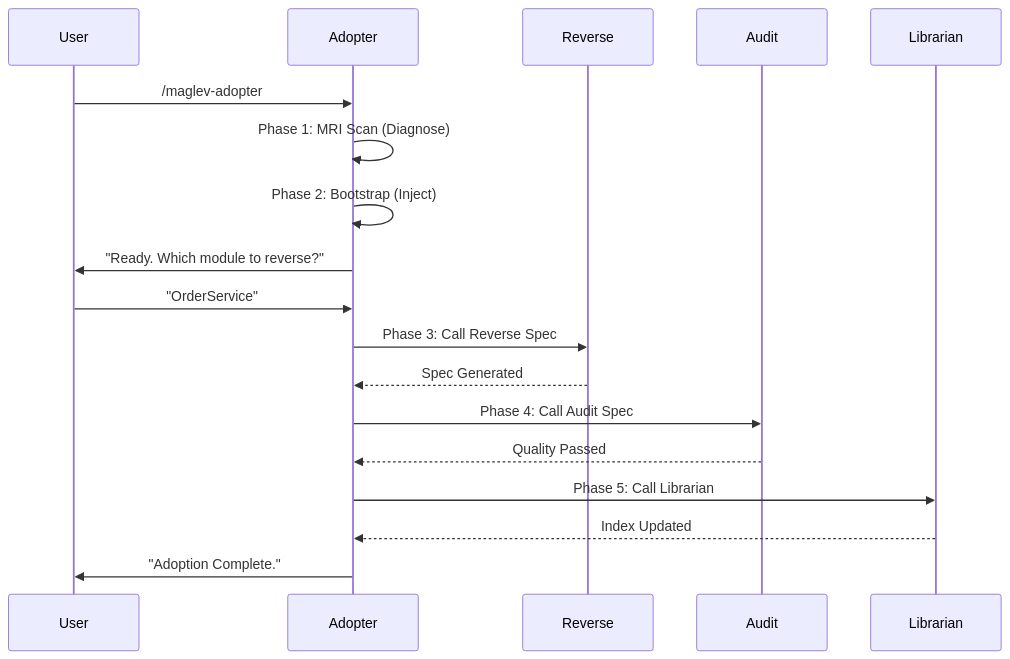
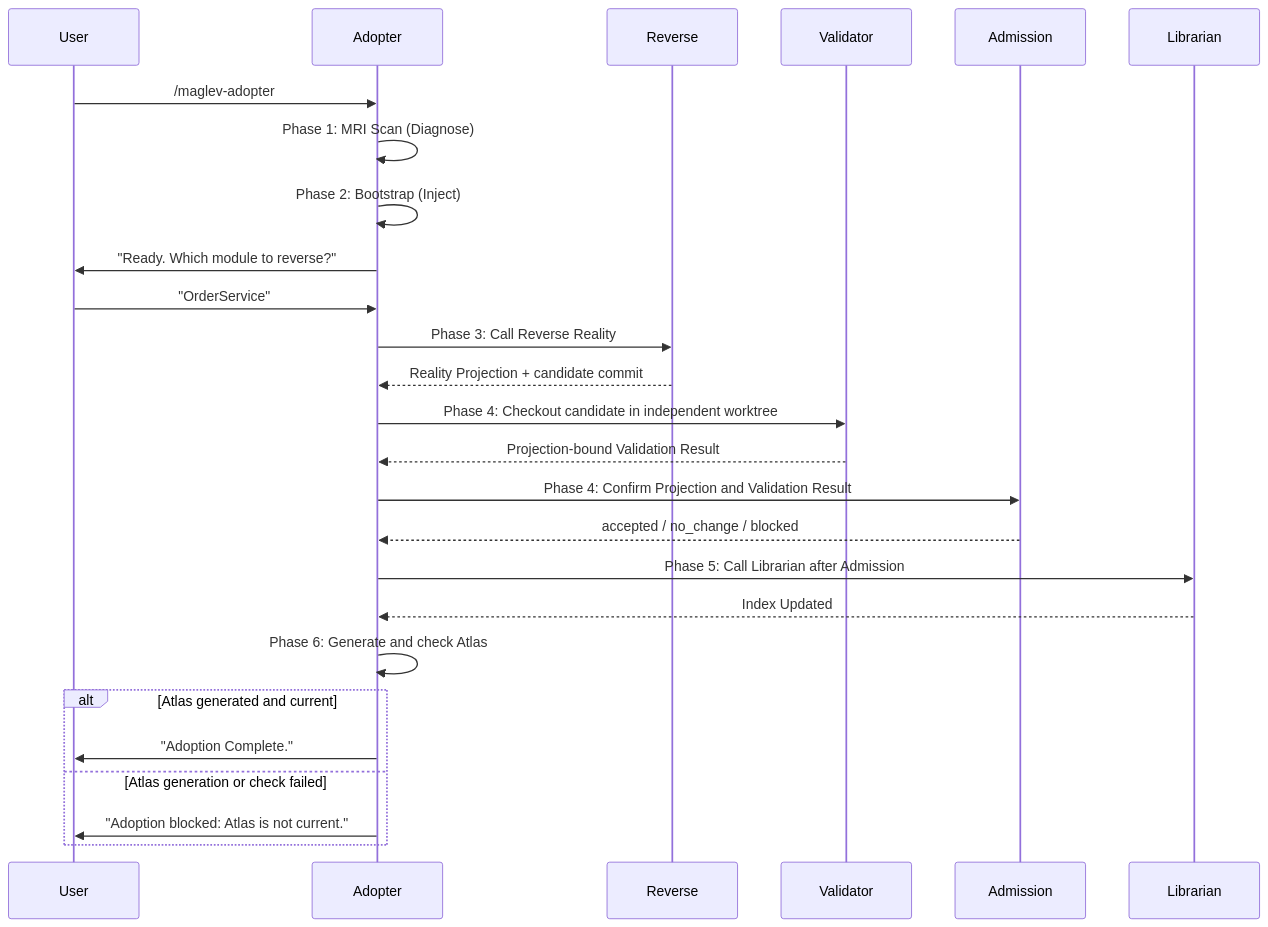
The diagram in .agents/skills/maglev-legacy-adopter/references/legacy-adopter.workflow.md (Idea-Maglev/maglev), drawn with Mermaid before and after one commit. The commit also changed other lines of this file and 782 other files, not shown here.

````diff
--- a/.agents/skills/maglev-legacy-adopter/references/legacy-adopter.workflow.md
+++ b/.agents/skills/maglev-legacy-adopter/references/legacy-adopter.workflow.md
@@ -11,26 +11,34 @@
 ```mermaid
 sequenceDiagram
     participant User
     participant Adopter as Adopter
     participant Reverse as Reverse
-    participant Audit as Audit
+    participant Validator as Validator
+    participant Admission as Admission
     participant Librarian as Librarian
 
     User->>Adopter: /maglev-adopter
     Adopter->>Adopter: Phase 1: MRI Scan (Diagnose)
     Adopter->>Adopter: Phase 2: Bootstrap (Inject)
-    
+
     Adopter->>User: "Ready. Which module to reverse?"
     User->>Adopter: "OrderService"
-    
-    Adopter->>Reverse: Phase 3: Call Reverse Spec
-    Reverse-->>Adopter: Spec Generated
-    
-    Adopter->>Audit: Phase 4: Call Audit Spec
-    Audit-->>Adopter: Quality Passed
-    
-    Adopter->>Librarian: Phase 5: Call Librarian
+
+    Adopter->>Reverse: Phase 3: Call Reverse Reality
+    Reverse-->>Adopter: Reality Projection + candidate commit
+
+    Adopter->>Validator: Phase 4: Checkout candidate in independent worktree
+    Validator-->>Adopter: Projection-bound Validation Result
+    Adopter->>Admission: Phase 4: Confirm Projection and Validation Result
+    Admission-->>Adopter: accepted / no_change / blocked
+
+    Adopter->>Librarian: Phase 5: Call Librarian after Admission
     Librarian-->>Adopter: Index Updated
-    
-    Adopter->>User: "Adoption Complete."
+    Adopter->>Adopter: Phase 6: Generate and check Atlas
+
+    alt Atlas generated and current
+        Adopter->>User: "Adoption Complete."
+    else Atlas generation or check failed
+        Adopter->>User: "Adoption blocked: Atlas is not current."
+    end
 ```
````
